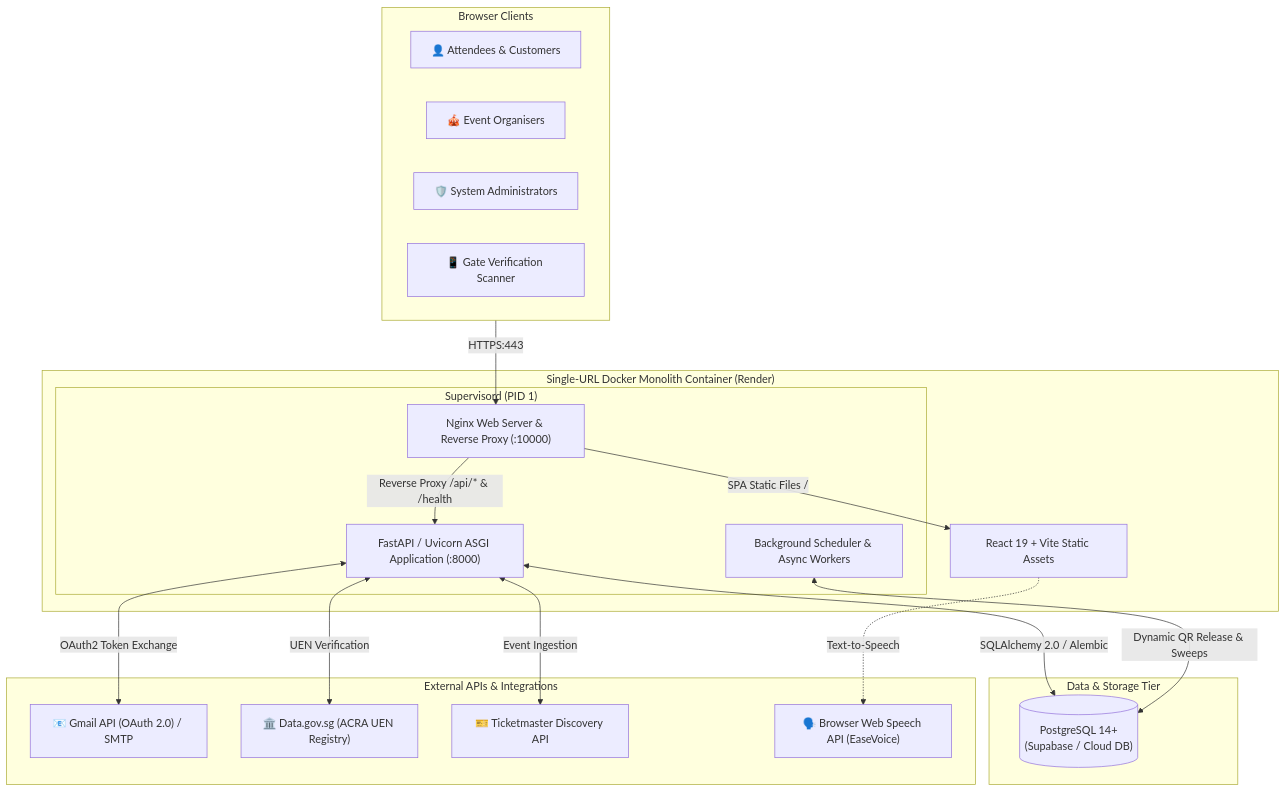
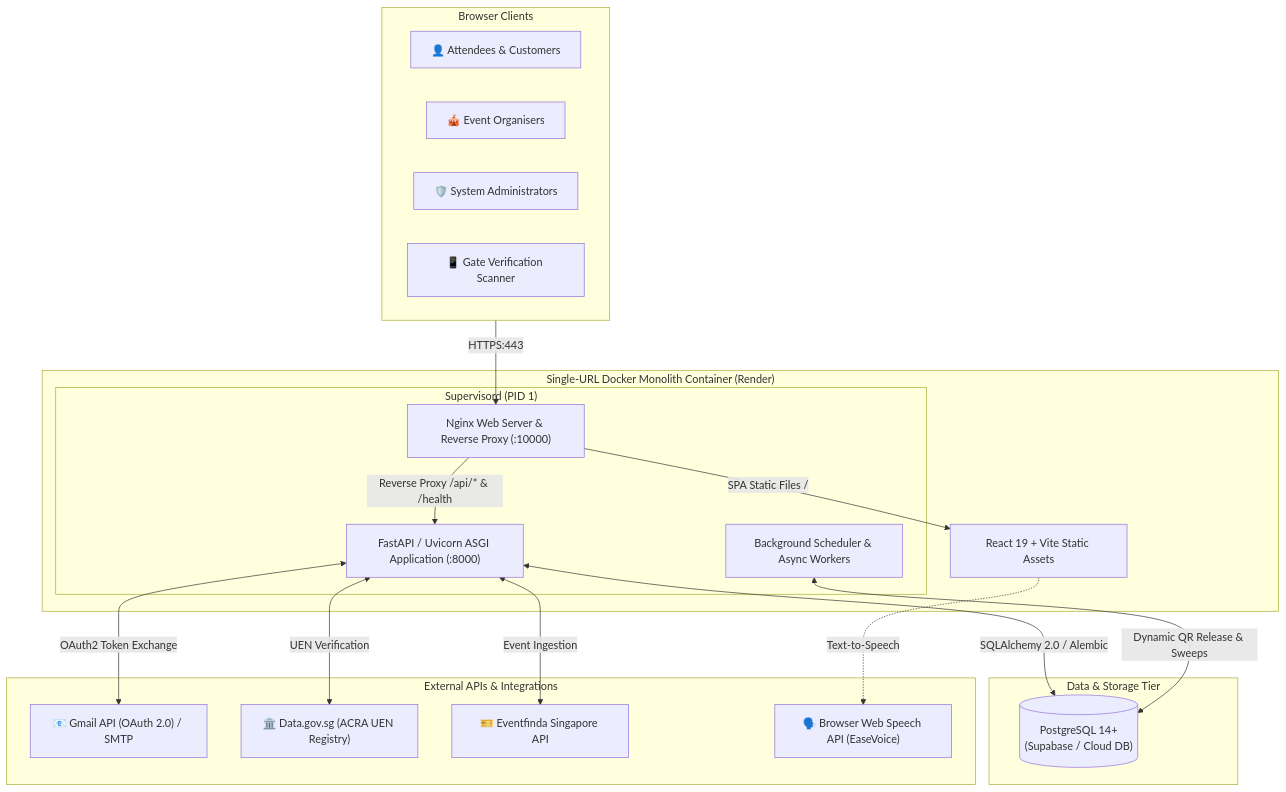
The diagram in README.md (Sprihaha/EventEase), drawn with Mermaid before and after one commit. The commit also changed other lines of this file, not shown here.

Commit message:
docs: update external ingestion documentation to Eventfinda Singapore API

````diff
--- a/README.md
+++ b/README.md
@@ -64,39 +64,39 @@
 ```mermaid
 flowchart TD
     subgraph Client["Browser Clients"]
         Attendee["👤 Attendees & Customers"]
         Organiser["🎪 Event Organisers"]
         Admin["🛡️ System Administrators"]
         GateStaff["📱 Gate Verification Scanner"]
     end
 
     subgraph Container["Single-URL Docker Monolith Container (Render)"]
         subgraph ProcessManager["Supervisord (PID 1)"]
             Nginx["Nginx Web Server & Reverse Proxy (:10000)"]
             FastAPI["FastAPI / Uvicorn ASGI Application (:8000)"]
             Scheduler["Background Scheduler & Async Workers"]
         end
         SPA["React 19 + Vite Static Assets"]
     end
 
     subgraph DataTier["Data & Storage Tier"]
         Postgres[("PostgreSQL 14+\n(Supabase / Cloud DB)")]
     end
 
     subgraph ExternalServices["External APIs & Integrations"]
         GmailAPI["📧 Gmail API (OAuth 2.0) / SMTP"]
         ACRA["🏛️ Data.gov.sg (ACRA UEN Registry)"]
-        Ticketmaster["🎫 Ticketmaster Discovery API"]
+        Eventfinda["🎫 Eventfinda Singapore API"]
         SpeechAPI["🗣️ Browser Web Speech API (EaseVoice)"]
     end
 
     Client -->|HTTPS:443| Nginx
     Nginx -->|SPA Static Files /| SPA
     Nginx -->|Reverse Proxy /api/* & /health| FastAPI
     FastAPI <-->|SQLAlchemy 2.0 / Alembic| Postgres
     FastAPI <-->|OAuth2 Token Exchange| GmailAPI
     FastAPI <-->|UEN Verification| ACRA
-    FastAPI <-->|Event Ingestion| Ticketmaster
+    FastAPI <-->|Event Ingestion| Eventfinda
     SPA -.->|Text-to-Speech| SpeechAPI
     Scheduler <-->|Dynamic QR Release & Sweeps| Postgres
 ```
````
